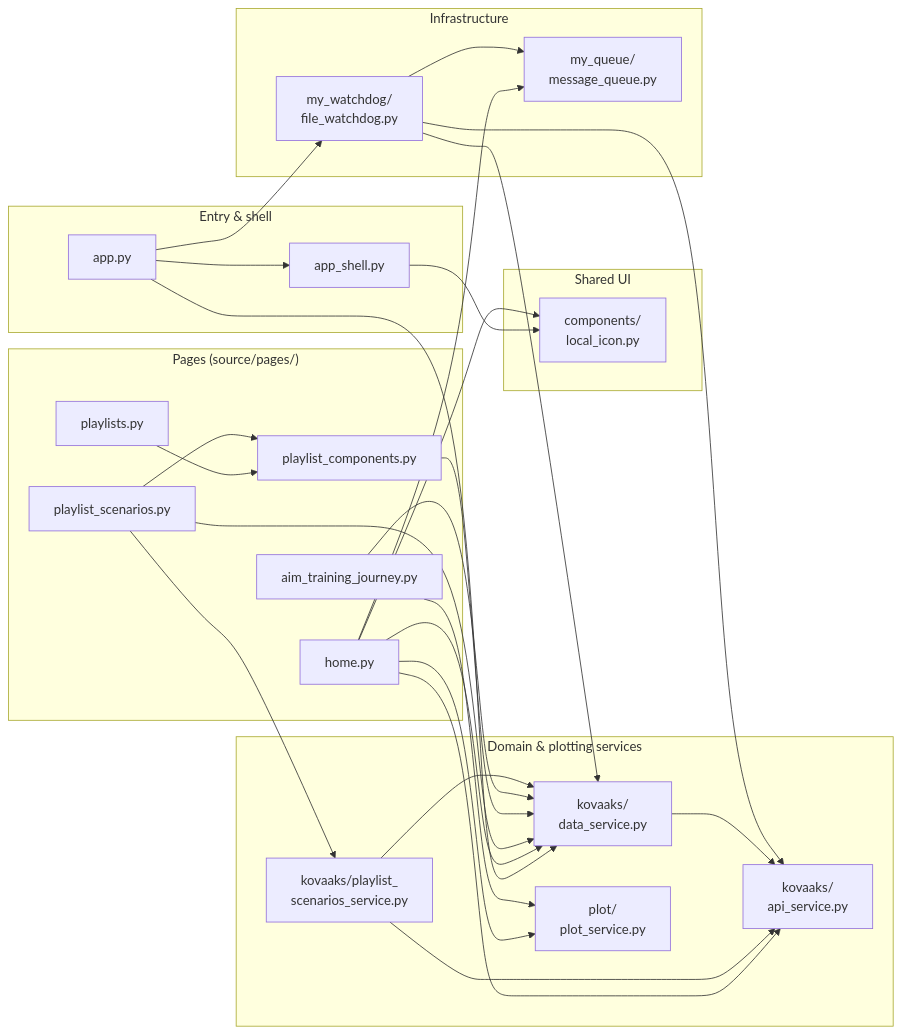
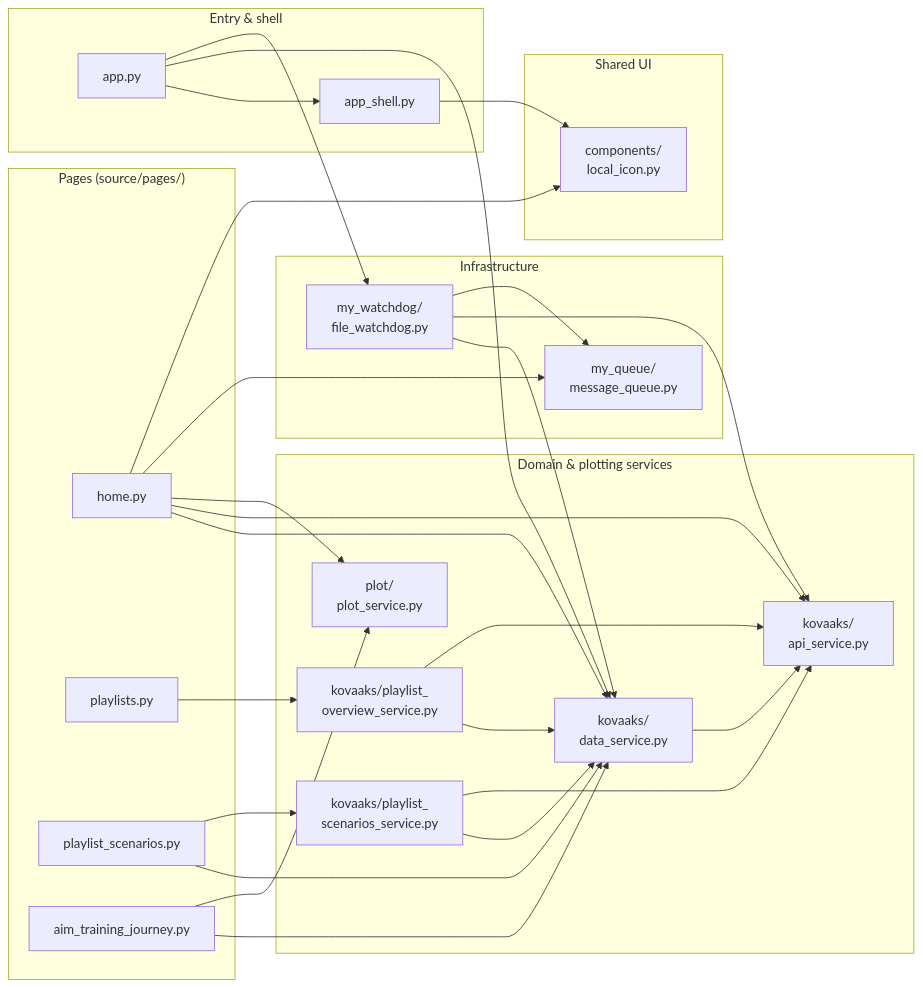
One commit to MingoDynasty/Corporate-Serf-Dashboard changed the third of 3 diagrams in docs/architecture.md. Above: the diagram before and after it, drawn with Mermaid. The commit also changed other lines of this file and 5 other files, not shown here.

````diff
--- a/docs/architecture.md
+++ b/docs/architecture.md
@@ -118,57 +118,57 @@
 ```mermaid
 flowchart LR
     subgraph Entry["Entry & shell"]
         App["app.py"]
         Shell["app_shell.py"]
     end
 
     subgraph Pages["Pages (source/pages/)"]
         Home["home.py"]
         Playlists["playlists.py"]
         PlaylistScenarios["playlist_scenarios.py"]
         Journey["aim_training_journey.py"]
-        Components["playlist_components.py"]
     end
 
     subgraph SharedUI["Shared UI"]
         LocalIcon["components/<br/>local_icon.py"]
     end
 
     subgraph Services["Domain & plotting services"]
         DataService["kovaaks/<br/>data_service.py"]
         ApiService["kovaaks/<br/>api_service.py"]
         PlaylistService["kovaaks/playlist_<br/>scenarios_service.py"]
+        OverviewService["kovaaks/playlist_<br/>overview_service.py"]
         PlotService["plot/<br/>plot_service.py"]
     end
 
     subgraph Infra["Infrastructure"]
         FileWatchdog["my_watchdog/<br/>file_watchdog.py"]
         Queue["my_queue/<br/>message_queue.py"]
     end
 
     App --> Shell
     App --> DataService
     App --> FileWatchdog
 
     Shell --> LocalIcon
     Home --> DataService
     Home --> ApiService
     Home --> PlotService
     Home --> Queue
     Home --> LocalIcon
-    Playlists --> Components
-    PlaylistScenarios --> Components
+    Playlists --> OverviewService
     PlaylistScenarios --> DataService
     PlaylistScenarios --> PlaylistService
-    Components --> DataService
     Journey --> DataService
     Journey --> PlotService
 
     PlaylistService --> DataService
     PlaylistService --> ApiService
+    OverviewService --> DataService
+    OverviewService --> ApiService
     DataService --> ApiService
 
     FileWatchdog --> DataService
     FileWatchdog --> ApiService
     FileWatchdog --> Queue
 ```
````
